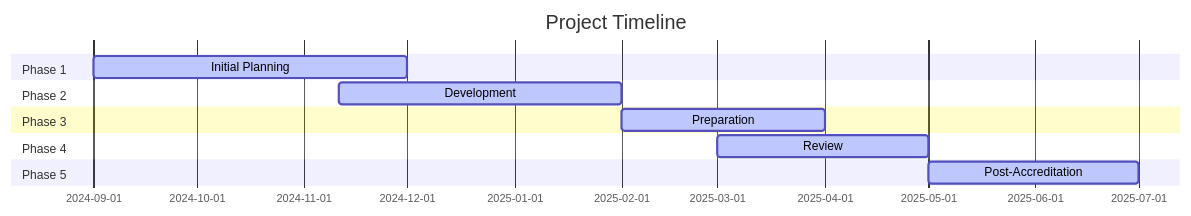
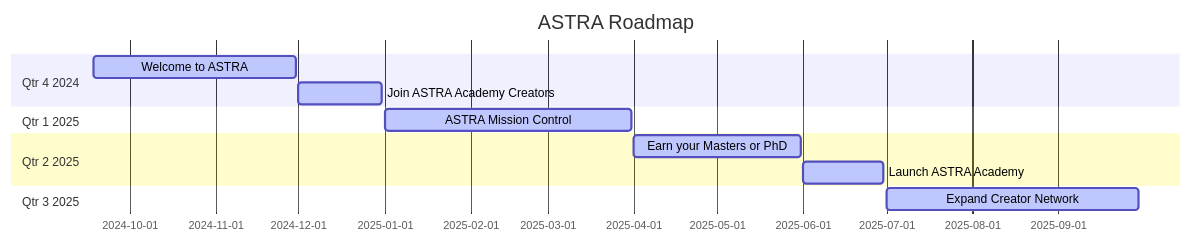
The diagram in README.md (TaoLearning/ASTRA), drawn with Mermaid before and after one commit. The commit also changed other lines of this file, not shown here.

````diff
--- a/README.md
+++ b/README.md
@@ -18,16 +1,24 @@
 ```mermaid
 gantt
-    title Project Timeline
-    dateFormat  YYYY-MM
-    section Phase 1
-    Initial Planning       :active, a1, 2024-09, 2024-12
-    section Phase 2
-    Development            :active, a2, 2024-11-11, 2025-02
-    section Phase 3
-    Preparation            :active, a3, 2025-02, 2025-04
-    section Phase 4
-    Review                 :active, a4, 2025-03, 2025-05
-    section Phase 5
-    Post-Accreditation     :active, a5, 2025-05, 2025-07
+    title ASTRA Roadmap
+    dateFormat  YYYY-MM-DD
+
+    section Qtr 4 2024
+    Welcome to ASTRA      :active, a1, 2024-09-18, 2024-11-30
+
+    section Qtr 4 2024
+    Join ASTRA Academy Creators :active, a2, 2024-12-01, 2024-12-31
+
+    section Qtr 1 2025
+    ASTRA Mission Control :active, a3, 2025-01-01, 2025-03-31
+
+    section Qtr 2 2025
+    Earn your Masters or PhD :active, a4, 2025-04-01, 2025-05-31
+
+    section Qtr 2 2025
+    Launch ASTRA Academy :active, a5, 2025-06-01, 2025-06-30
+
+    section Qtr 3 2025
+    Expand Creator Network :active, a6, 2025-07-01, 2025-09-30
 
 ```
````
